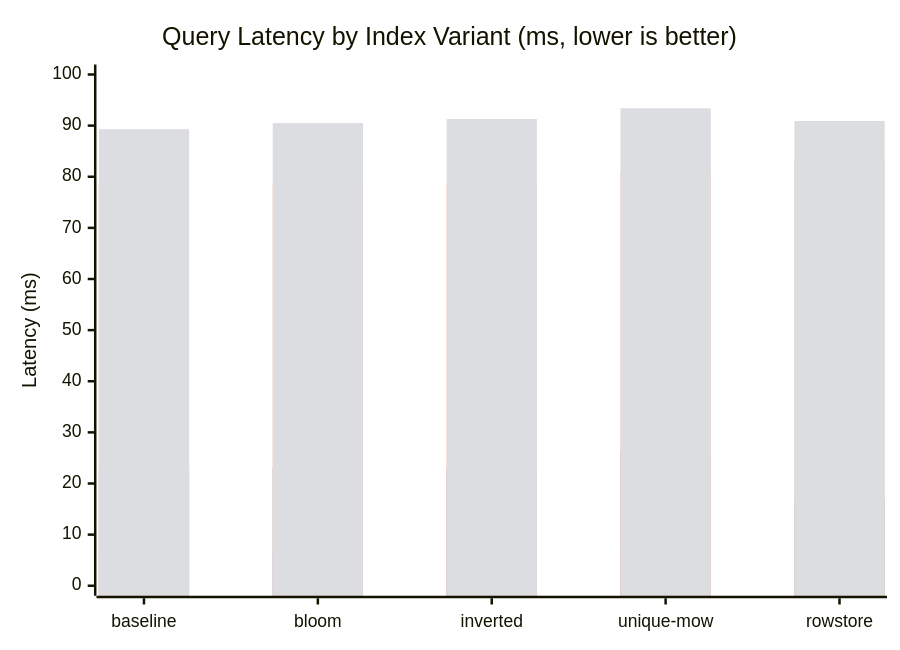
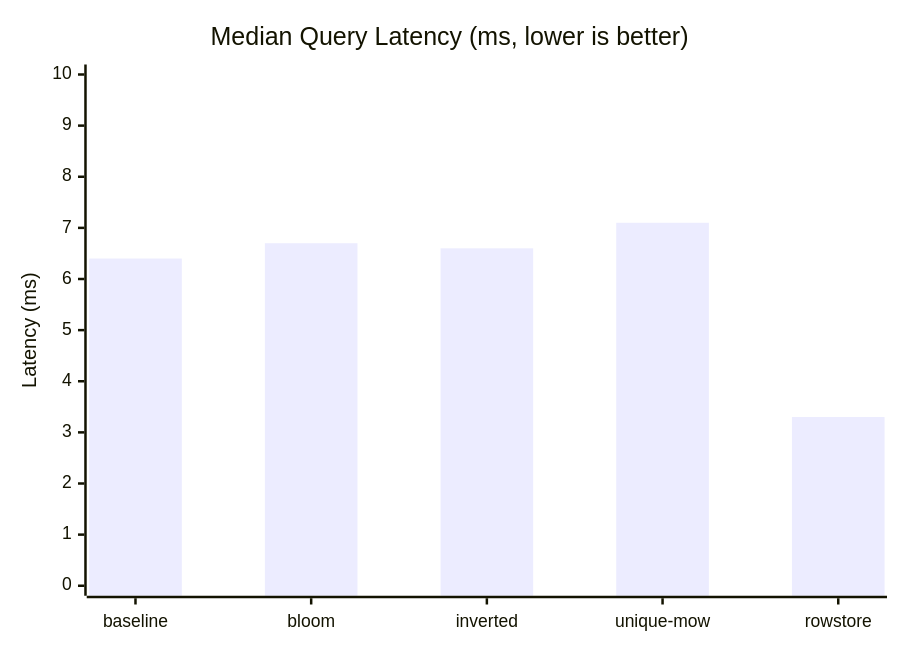
The second of 6 diagrams in targets/doris/research/point-query-indexing/report.md (weitingchou/crucible-research), drawn with Mermaid before and after one commit. The commit also changed other lines of this file, not shown here.

Commit message:
Simplify latency chart to median-only bar chart
Mermaid xychart-beta doesn't support grouped bars, so use a single
bar series for median latency with a clear title.

````diff
--- a/targets/doris/research/point-query-indexing/report.md
+++ b/targets/doris/research/point-query-indexing/report.md
@@ -60,10 +60,7 @@
 ```mermaid
 xychart-beta
-    title "Query Latency by Index Variant (ms, lower is better)"
+    title "Median Query Latency (ms, lower is better)"
     x-axis ["baseline", "bloom", "inverted", "unique-mow", "rowstore"]
-    y-axis "Latency (ms)" 0 --> 100
-    bar "Median" [6.4, 6.7, 6.6, 7.1, 3.3]
-    bar "Avg" [22.6, 23.0, 22.8, 25.8, 16.5]
-    bar "P95" [78.9, 78.6, 78.8, 81.1, 83.3]
-    bar "P99" [89.3, 90.5, 91.3, 93.4, 90.9]
+    y-axis "Latency (ms)" 0 --> 10
+    bar [6.4, 6.7, 6.6, 7.1, 3.3]
 ```
````
